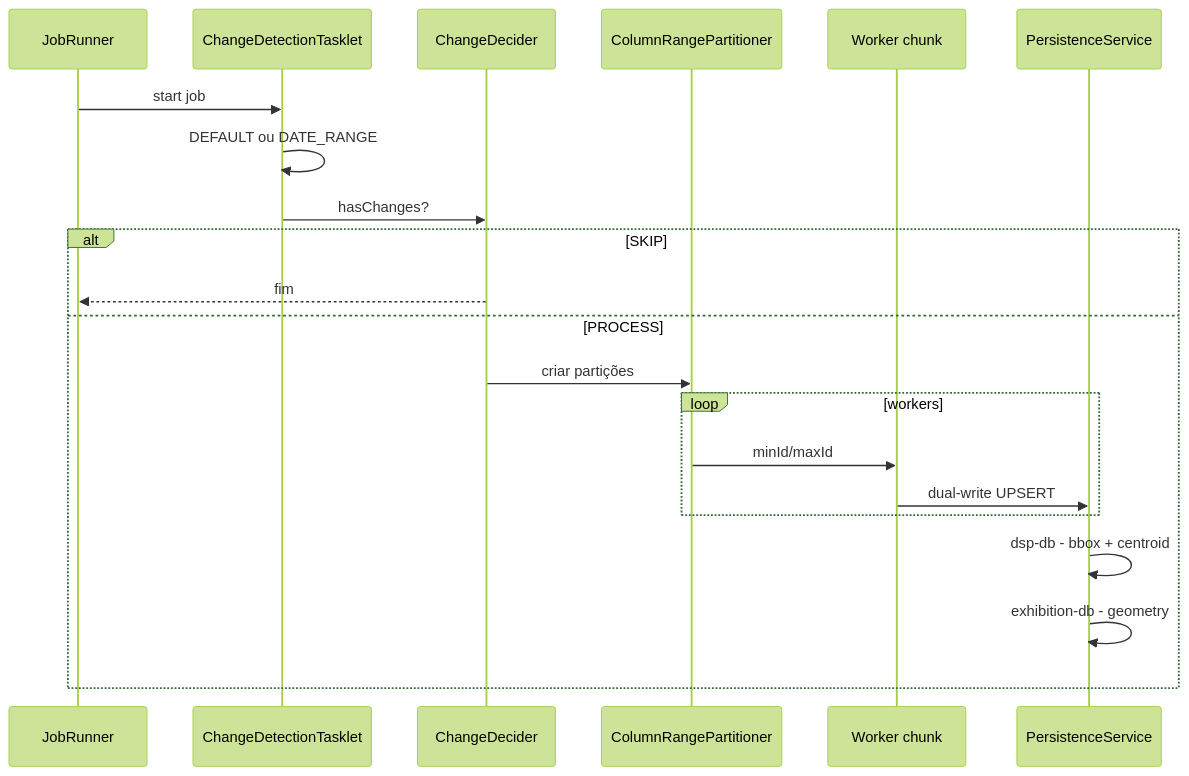
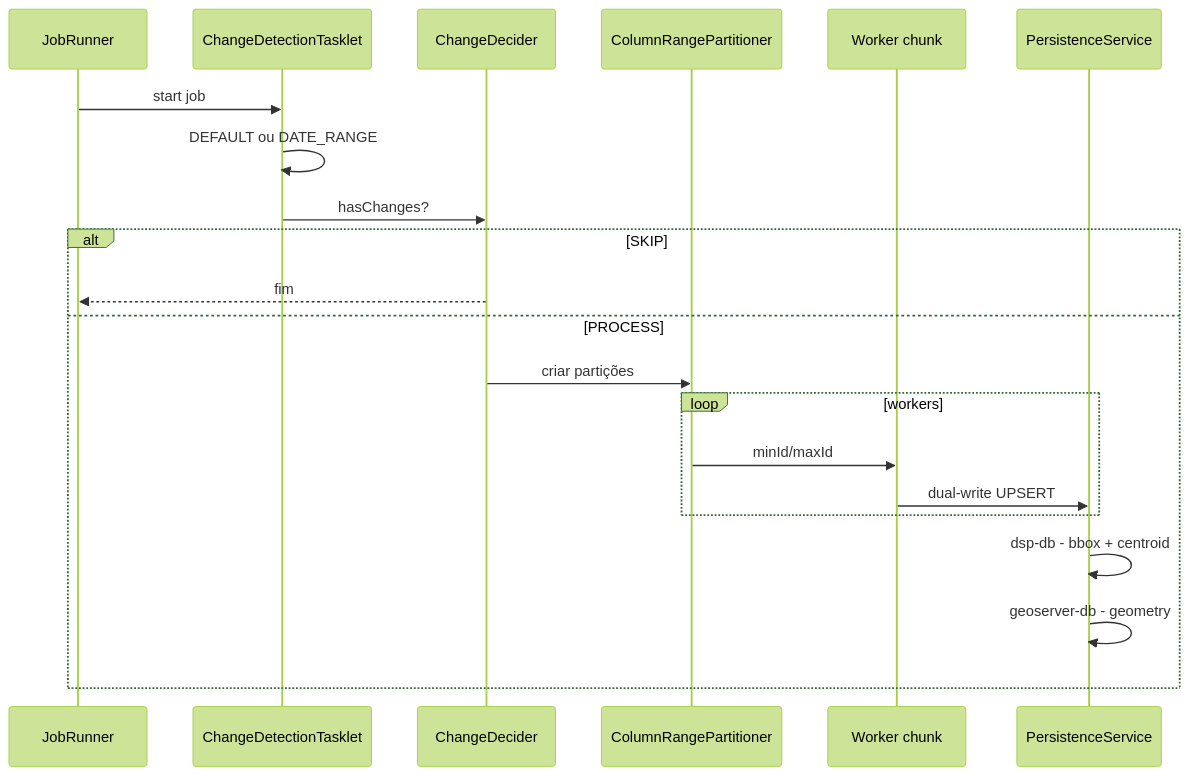
One commit to kleber-albino/rer-dsp-docs changed the second of 2 diagrams in docs/modules/job-data-migration/configuration.md. Above: the diagram before and after it, drawn with Mermaid (forest theme). The commit also changed other lines of this file and 14 other files, not shown here.

First line of the commit message:
docs: rename ` geoserver-exhibition-db` references to `geoserver-db` across documentation

````diff
--- a/docs/modules/job-data-migration/configuration.md
+++ b/docs/modules/job-data-migration/configuration.md
@@ -349,24 +349,24 @@
 ```mermaid
 sequenceDiagram
   participant JR as JobRunner
   participant CD as ChangeDetectionTasklet
   participant Dec as ChangeDecider
   participant Part as ColumnRangePartitioner
   participant W as Worker chunk
   participant Pers as PersistenceService
 
   JR->>CD: start job
   CD->>CD: DEFAULT ou DATE_RANGE
   CD->>Dec: hasChanges?
   alt SKIP
     Dec-->>JR: fim
   else PROCESS
     Dec->>Part: criar partições
     loop workers
       Part->>W: minId/maxId
       W->>Pers: dual-write UPSERT
     end
     Pers->>Pers: dsp-db - bbox + centroid
-    Pers->>Pers: exhibition-db - geometry
+    Pers->>Pers: geoserver-db - geometry
   end
 ```
````
